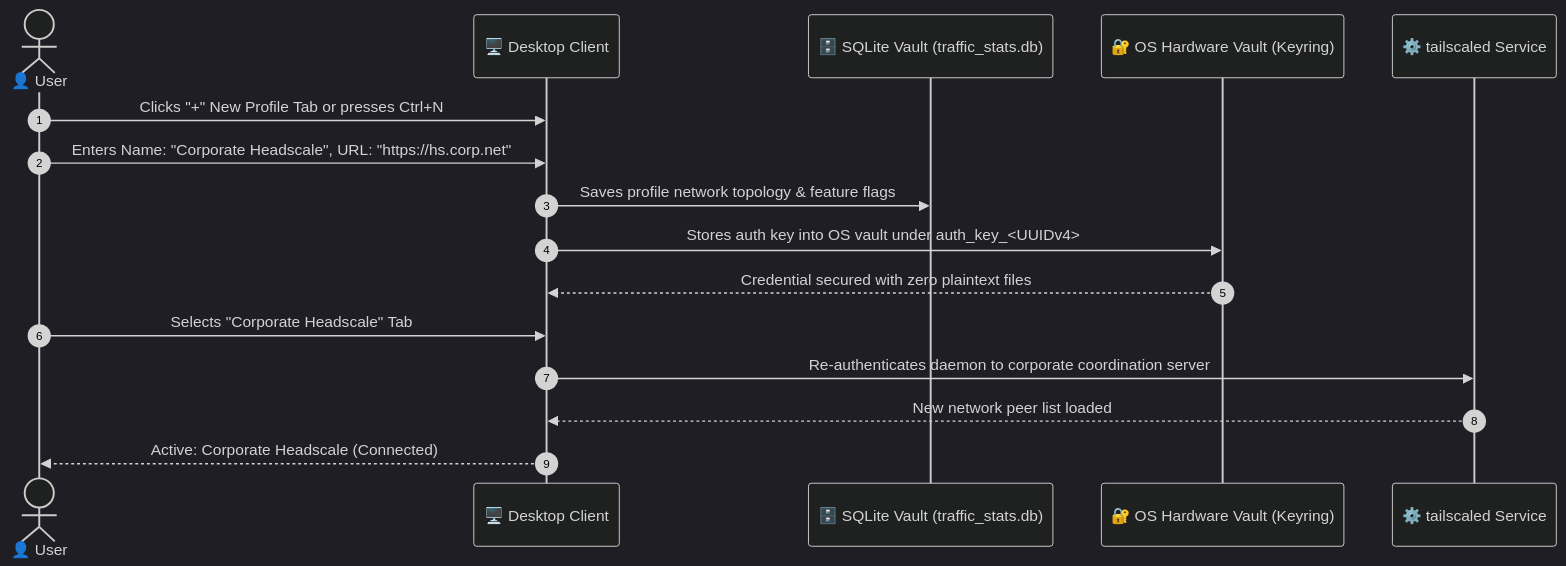
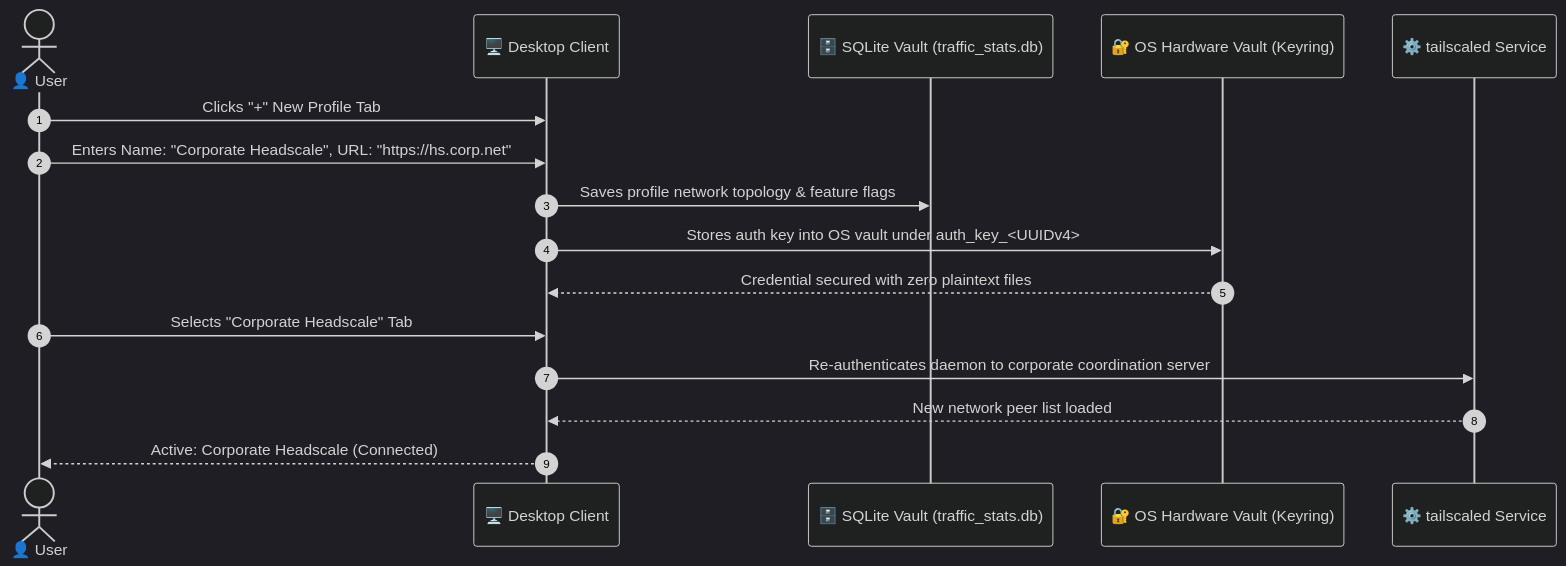
Before and after one commit to Arean82/Tailscale-Headscale-Client: the second of 3 diagrams in Docs/USER_MANUAL.md, drawn with Mermaid (dark theme). The commit also changed other lines of this file and 39 other files, not shown here.

````diff
--- a/Docs/USER_MANUAL.md
+++ b/Docs/USER_MANUAL.md
@@ -84,19 +85,19 @@
 ```mermaid
 sequenceDiagram
     autonumber
     actor User as 👤 User
     participant App as 🖥️ Desktop Client
     participant SQLite as 🗄️ SQLite Vault (traffic_stats.db)
     participant Keyring as 🔐 OS Hardware Vault (Keyring)
     participant Tailscale as ⚙️ tailscaled Service
 
-    User->>App: Clicks "+" New Profile Tab or presses Ctrl+N
+    User->>App: Clicks "+" New Profile Tab
     User->>App: Enters Name: "Corporate Headscale", URL: "https://hs.corp.net"
     App->>SQLite: Saves profile network topology & feature flags
     App->>Keyring: Stores auth key into OS vault under auth_key_<UUIDv4>
     Keyring-->>App: Credential secured with zero plaintext files
     User->>App: Selects "Corporate Headscale" Tab
     App->>Tailscale: Re-authenticates daemon to corporate coordination server
     Tailscale-->>App: New network peer list loaded
     App-->>User: Active: Corporate Headscale (Connected)
 ```
````
